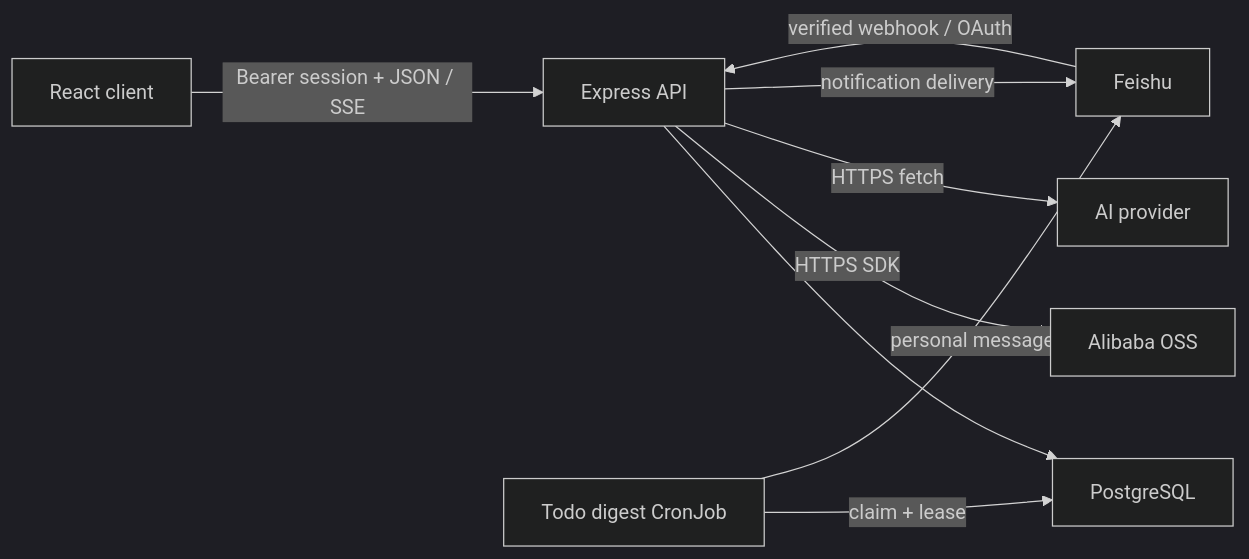
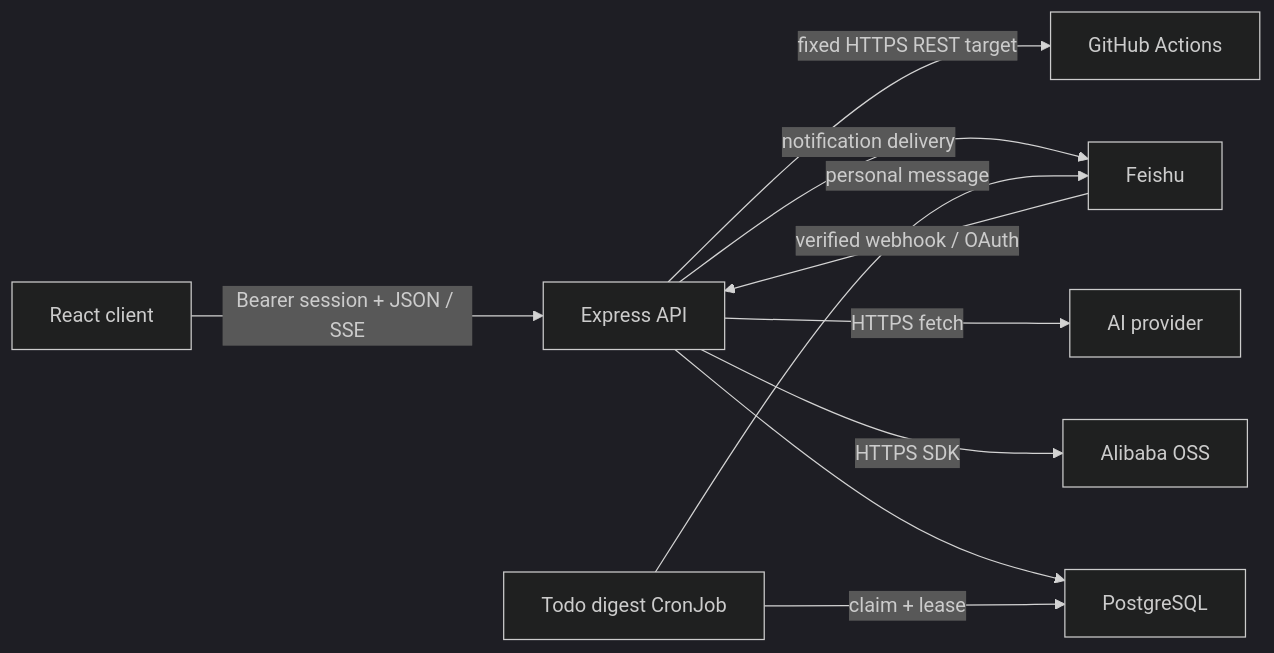
Before and after one commit to cuisongliu/vege-basket: the diagram in docs/architecture.md, drawn with Mermaid (dark theme). The commit also changed other lines of this file and 9 other files, not shown here.

````diff
--- a/docs/architecture.md
+++ b/docs/architecture.md
@@ -11,11 +11,12 @@
 ```mermaid
 flowchart LR
   browser["React client"] -->|"Bearer session + JSON / SSE"| api["Express API"]
   api --> db["PostgreSQL"]
   api -->|"HTTPS SDK"| oss["Alibaba OSS"]
   api -->|"HTTPS fetch"| ai["AI provider"]
+  api -->|"fixed HTTPS REST target"| github["GitHub Actions"]
   feishu["Feishu"] -->|"verified webhook / OAuth"| api
   api -->|"notification delivery"| feishu
   cron["Todo digest CronJob"] -->|"claim + lease"| db
   cron -->|"personal message"| feishu
 ```
````
